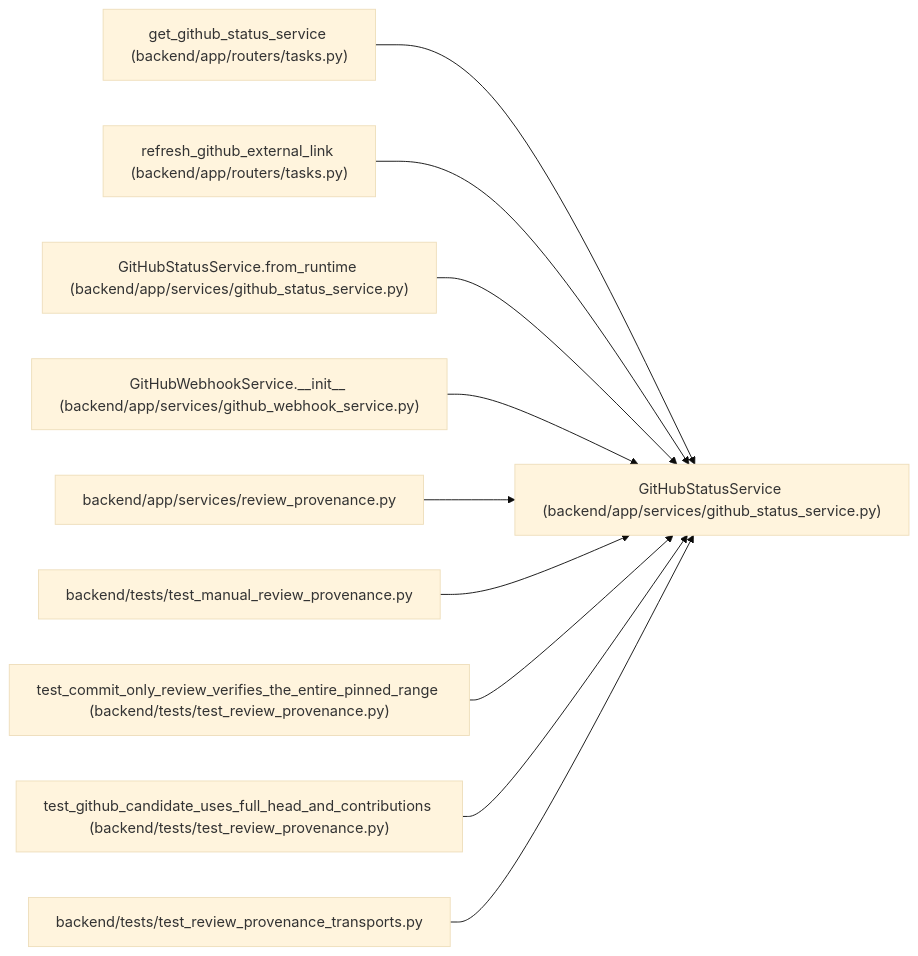
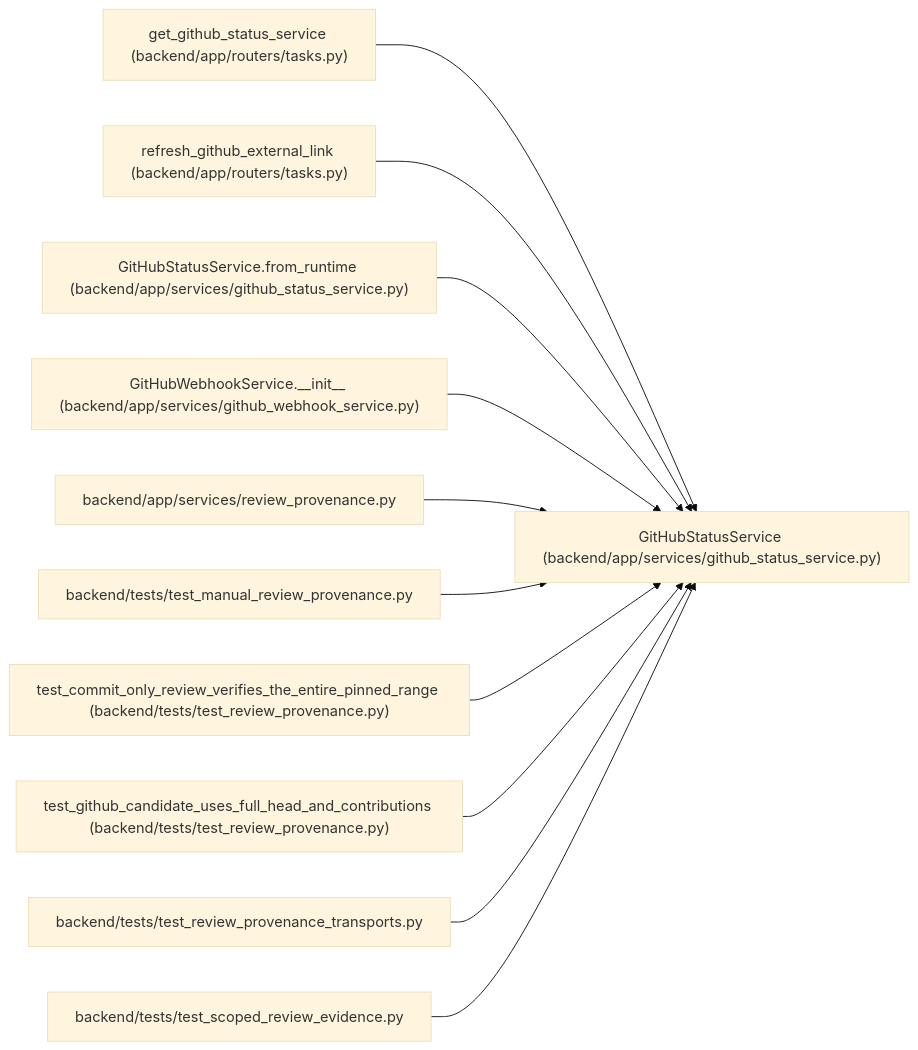
The diagram in docs/llm_wiki/entities/GitHubStatusService.md (Denissvgn/WorkChord), drawn with Mermaid (base theme) before and after one commit. The commit also changed other lines of this file and 891 other files, not shown here.

Commit message:
Document candidate-bound evidence and independent review policy

````diff
--- a/docs/llm_wiki/entities/GitHubStatusService.md
+++ b/docs/llm_wiki/entities/GitHubStatusService.md
@@ -40,32 +40,35 @@
 ```mermaid
 flowchart LR
     n0["GitHubStatusService (backend/app/services/github_status_service.py)"]
     n1["get_github_status_service (backend/app/routers/tasks.py)"]
     n2["refresh_github_external_link (backend/app/routers/tasks.py)"]
     n3["GitHubStatusService.from_runtime (backend/app/services/github_status_service.py)"]
     n4["GitHubWebhookService.__init__ (backend/app/services/github_webhook_service.py)"]
     n5["backend/app/services/review_provenance.py"]
     n6["backend/tests/test_manual_review_provenance.py"]
     n7["test_commit_only_review_verifies_the_entire_pinned_range (backend/tests/test_review_provenance.py)"]
     n8["test_github_candidate_uses_full_head_and_contributions (backend/tests/test_review_provenance.py)"]
     n9["backend/tests/test_review_provenance_transports.py"]
+    n10["backend/tests/test_scoped_review_evidence.py"]
     n1 --> n0
     n2 --> n0
     n3 --> n0
     n4 --> n0
     n5 --> n0
     n6 --> n0
     n7 --> n0
     n8 --> n0
     n9 --> n0
+    n10 --> n0
     click n0 "../modules/github_status_service.md"
     click n1 "../modules/tasks.md"
     click n2 "../modules/tasks.md"
     click n3 "../modules/github_status_service.md"
     click n4 "../modules/github_webhook_service.md"
     click n5 "../modules/review_provenance.md"
     click n6 "../modules/test_manual_review_provenance.md"
     click n7 "../modules/test_review_provenance.md"
     click n8 "../modules/test_review_provenance.md"
     click n9 "../modules/test_review_provenance_transports.md"
+    click n10 "../modules/test_scoped_review_evidence.md"
 ```
````
